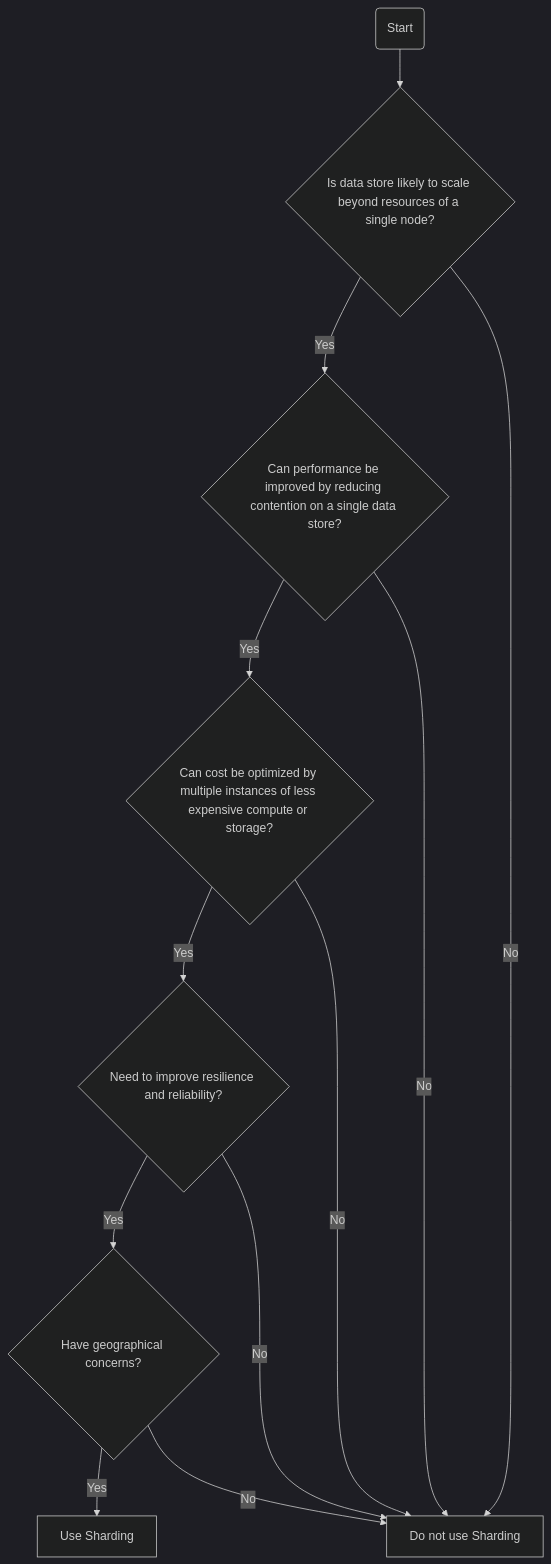
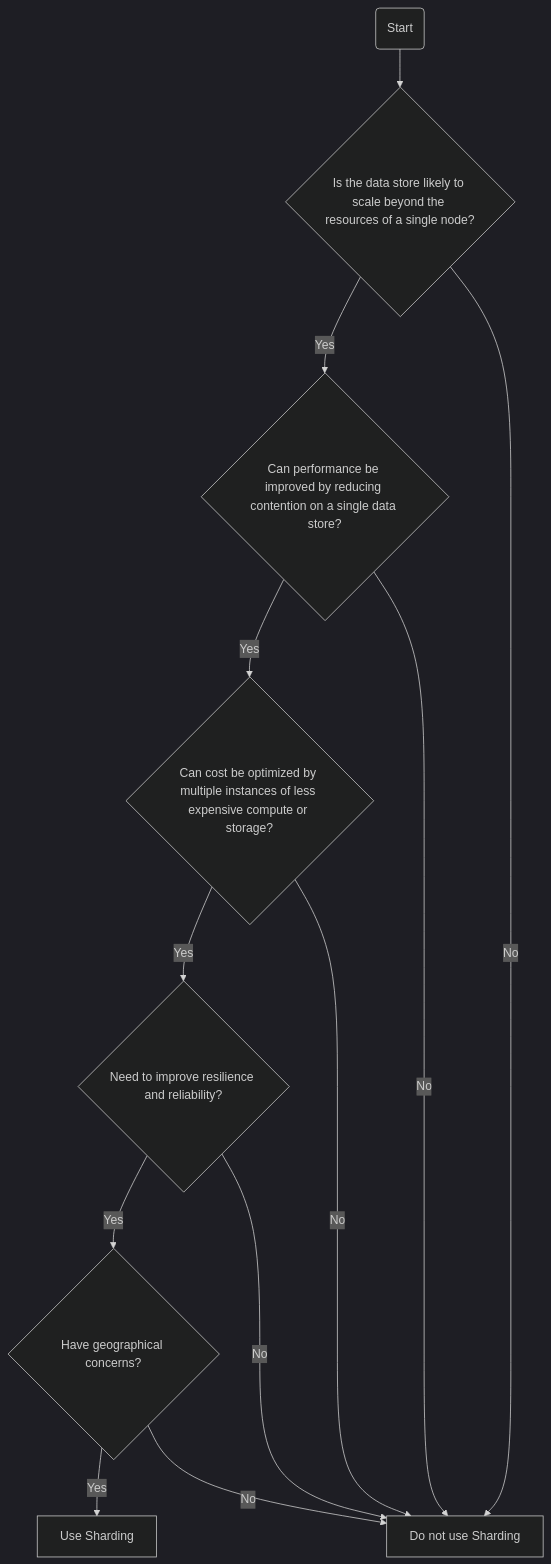
The second of 20 diagrams in blog/2024-05-26-cloud-design-patterns/index.mdx (lukemurraynz/lukemurraynz.github.io), drawn with Mermaid (dark theme) before and after one commit. The commit also changed other lines of this file, not shown here.

````diff
--- a/blog/2024-05-26-cloud-design-patterns/index.mdx
+++ b/blog/2024-05-26-cloud-design-patterns/index.mdx
@@ -220,14 +220,14 @@
 ```mermaid
 graph TB
-  Start(Start) --> IsScaleBeyondSingleNode{Is data store likely to scale beyond resources of a single node?}
+  Start(Start) --> IsScaleBeyondSingleNode{Is the data store likely to scale beyond the resources of a single node?}
   IsScaleBeyondSingleNode -- Yes --> CanReduceContention{Can performance be improved by reducing contention on a single data store?}
   IsScaleBeyondSingleNode -- No --> DoNotUseSharding[Do not use Sharding]
   CanReduceContention -- Yes --> CanOptimizeCost{Can cost be optimized by multiple instances of less expensive compute or storage?}
   CanReduceContention -- No --> DoNotUseSharding
   CanOptimizeCost -- Yes --> NeedToImproveResilience{Need to improve resilience and reliability?}
   CanOptimizeCost -- No --> DoNotUseSharding
   NeedToImproveResilience -- Yes --> HaveGeographicalConcerns{Have geographical concerns?}
   NeedToImproveResilience -- No --> DoNotUseSharding
   HaveGeographicalConcerns -- Yes --> UseSharding[Use Sharding]
   HaveGeographicalConcerns -- No --> DoNotUseSharding
 ```
````
